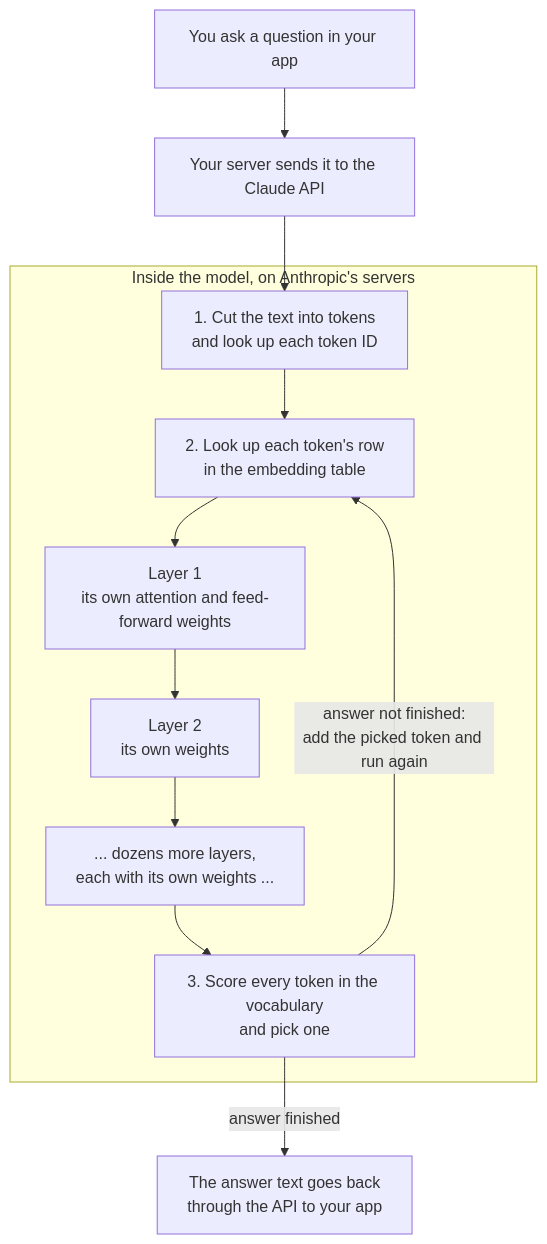
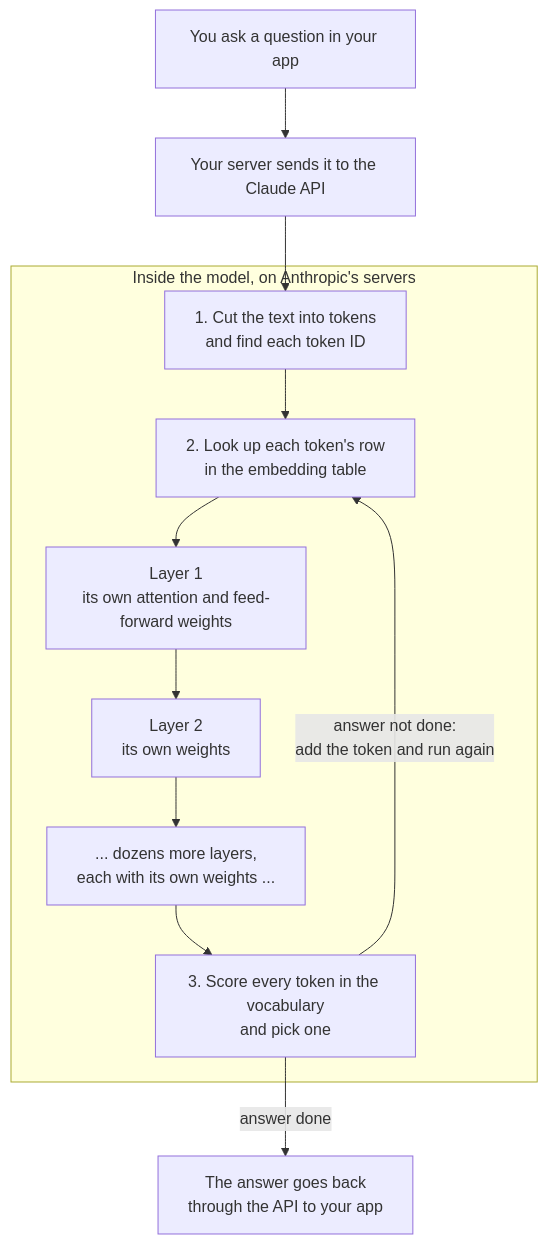
Before and after one commit to nirajp82/ClaudeArchitectStudyGuide: the first of 2 diagrams in 02_BuildingWithTheClaudeAPI/01-deep-dive-inside-the-model.md, drawn with Mermaid. The commit also changed other lines of this file and 1 other file, not shown here.

Commit message:
Plain-English pass on the model deep dive, and name whose row every time

````diff
--- a/02_BuildingWithTheClaudeAPI/01-deep-dive-inside-the-model.md
+++ b/02_BuildingWithTheClaudeAPI/01-deep-dive-inside-the-model.md
@@ -261,14 +278,14 @@
 ```mermaid
 flowchart TD
     Q[You ask a question in your app] --> API[Your server sends it to the Claude API]
     subgraph Model["Inside the model, on Anthropic's servers"]
-        T[1. Cut the text into tokens<br/>and look up each token ID] --> E[2. Look up each token's row<br/>in the embedding table]
+        T[1. Cut the text into tokens<br/>and find each token ID] --> E[2. Look up each token's row<br/>in the embedding table]
         E --> L1[Layer 1<br/>its own attention and feed-forward weights]
         L1 --> L2[Layer 2<br/>its own weights]
         L2 --> LN[... dozens more layers,<br/>each with its own weights ...]
         LN --> S[3. Score every token in the vocabulary<br/>and pick one]
-        S -->|answer not finished:<br/>add the picked token and run again| E
+        S -->|answer not done:<br/>add the token and run again| E
     end
     API --> T
-    S -->|answer finished| A[The answer text goes back<br/>through the API to your app]
+    S -->|answer done| A[The answer goes back<br/>through the API to your app]
 ```
````
